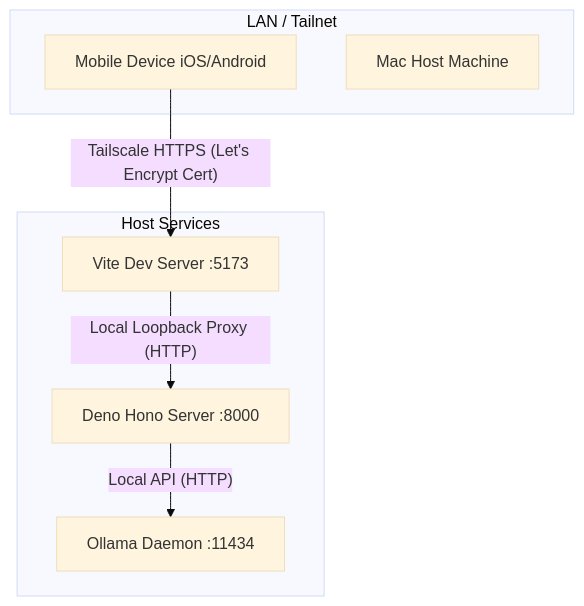
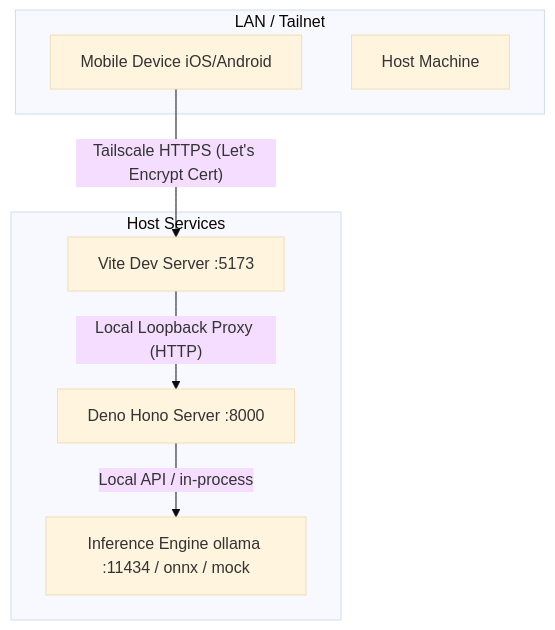
The fifth of 5 diagrams in architecture.md (companionintelligence/CI-Spatial), drawn with Mermaid (base theme) before and after one commit. The commit also changed other lines of this file and 9 other files, not shown here.

First line of the commit message:
docs: fix architecture mermaid, add UX_FLOW/FTUE spec, reconcile & consolidate docs

````diff
--- a/architecture.md
+++ b/architecture.md
@@ -362,17 +454,17 @@
 ```mermaid
 graph TD
-    subgraph LAN / Tailnet
+    subgraph lan ["LAN / Tailnet"]
         Device[Mobile Device iOS/Android]
-        Host[Mac Host Machine]
+        Host[Host Machine]
     end
 
-    subgraph Host Services
+    subgraph services ["Host Services"]
         ViteServ[Vite Dev Server :5173]
         DenoServ[Deno Hono Server :8000]
-        OllamaServ[Ollama Daemon :11434]
+        InferServ[Inference Engine ollama :11434 / onnx / mock]
     end
 
     Device -- "Tailscale HTTPS (Let's Encrypt Cert)" --> ViteServ
     ViteServ -- "Local Loopback Proxy (HTTP)" --> DenoServ
-    DenoServ -- "Local API (HTTP)" --> OllamaServ
+    DenoServ -- "Local API / in-process" --> InferServ
 ```
````
